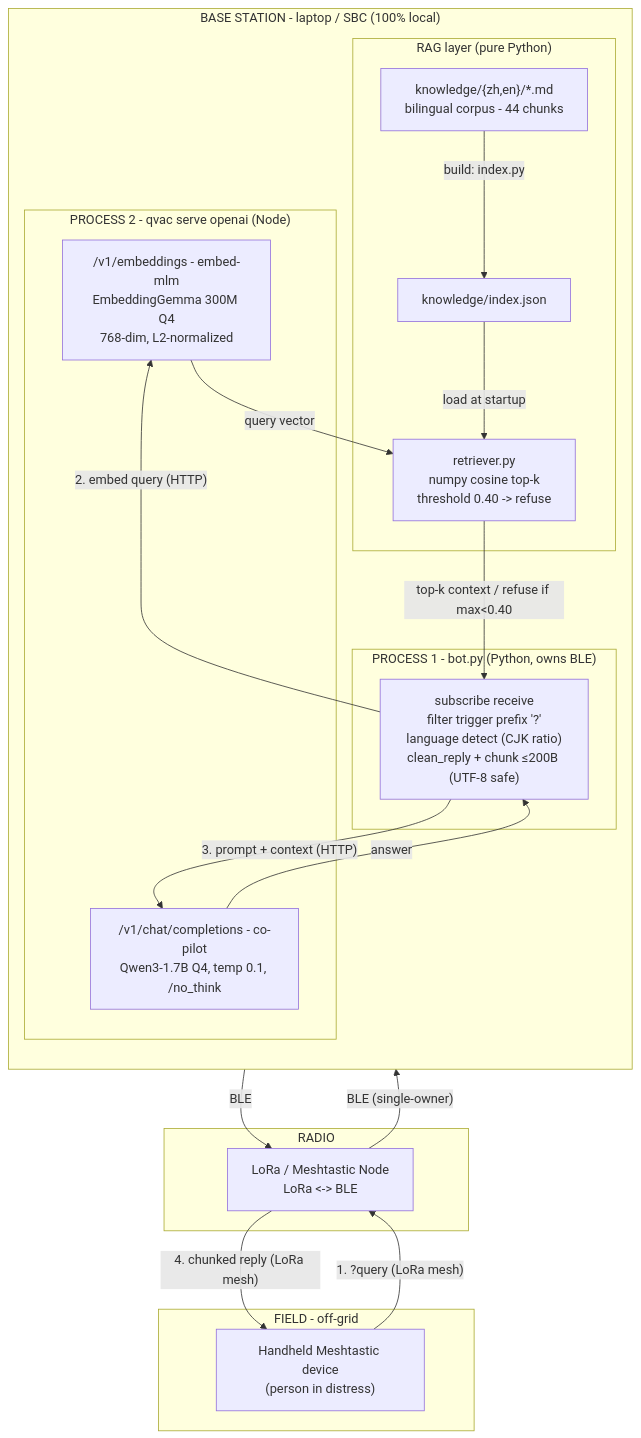
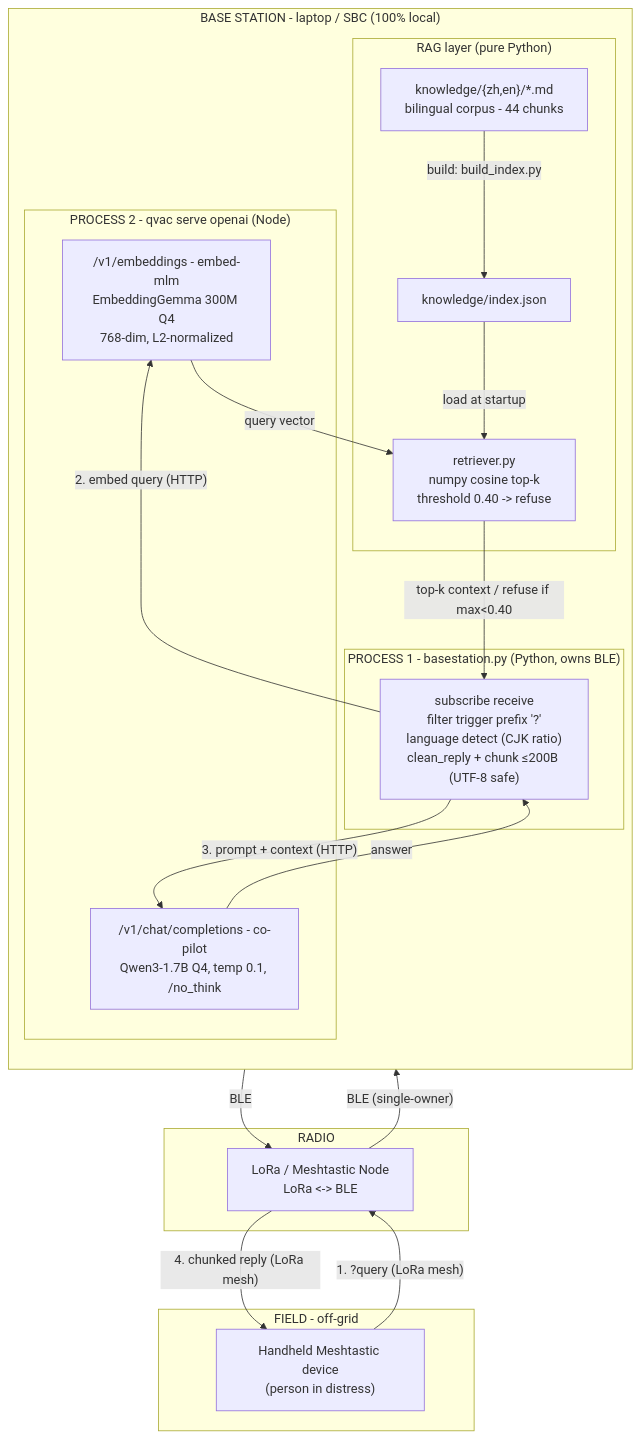
Before and after one commit to Chriskatz/survival-copilot: the diagram in docs/architecture.md, drawn with Mermaid. The commit also changed other lines of this file and 9 other files, not shown here.

````diff
--- a/docs/architecture.md
+++ b/docs/architecture.md
@@ -10,38 +10,38 @@
 ```mermaid
 flowchart TB
     subgraph FIELD["FIELD - off-grid"]
         H["Handheld Meshtastic device<br/>(person in distress)"]
     end
 
     subgraph RADIO["RADIO"]
         W["LoRa / Meshtastic Node<br/>LoRa &lt;-&gt; BLE"]
     end
 
     subgraph MAC["BASE STATION - laptop / SBC (100% local)"]
         direction TB
-        subgraph P1["PROCESS 1 - bot.py (Python, owns BLE)"]
+        subgraph P1["PROCESS 1 - basestation.py (Python, owns BLE)"]
             BOT["subscribe receive<br/>filter trigger prefix '?'<br/>language detect (CJK ratio)<br/>clean_reply + chunk &le;200B (UTF-8 safe)"]
         end
         subgraph RAGL["RAG layer (pure Python)"]
             COR["knowledge/{zh,en}/*.md<br/>bilingual corpus - 44 chunks"]
             IDX["knowledge/index.json"]
             RET["retriever.py<br/>numpy cosine top-k<br/>threshold 0.40 -> refuse"]
         end
         subgraph P2["PROCESS 2 - qvac serve openai (Node)"]
             EMB["/v1/embeddings - embed-mlm<br/>EmbeddingGemma 300M Q4<br/>768-dim, L2-normalized"]
             LLM["/v1/chat/completions - co-pilot<br/>Qwen3-1.7B Q4, temp 0.1, /no_think"]
         end
     end
 
     H   -- "1. ?query (LoRa mesh)" --> W
     W   -- "BLE (single-owner)"     --> BOT
     BOT -- "2. embed query (HTTP)"  --> EMB
     EMB -- "query vector"           --> RET
-    COR -- "build: index.py"        --> IDX
+    COR -- "build: build_index.py"        --> IDX
     IDX -- "load at startup"        --> RET
     RET -- "top-k context / refuse if max&lt;0.40" --> BOT
     BOT -- "3. prompt + context (HTTP)" --> LLM
     LLM -- "answer"                 --> BOT
     BOT -- "BLE"                    --> W
     W   -- "4. chunked reply (LoRa mesh)" --> H
 ```
````
